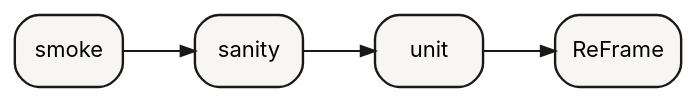
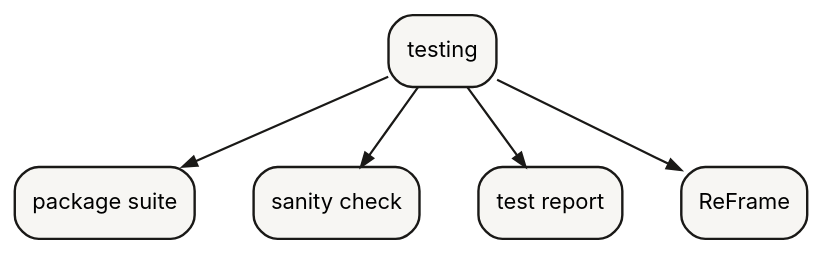
The diagram in source/_static/diagrams/23-testing.dot (HaoZeke/what-easybuild-is-doing), drawn with Graphviz before and after one commit. The commit also changed 257 other files, not shown here.

```diff
--- a/source/_static/diagrams/23-testing.dot
+++ b/source/_static/diagrams/23-testing.dot
@@ -1,14 +1,17 @@
 digraph g_23_testing {
-  graph [rankdir=LR, bgcolor="transparent", pad="0.2", nodesep="0.35", ranksep="0.5",
+  graph [rankdir=TB, bgcolor="transparent", pad="0.2", nodesep="0.4", ranksep="0.55",
          fontname="Inter,Helvetica,sans-serif"];
   node [shape=box, style="rounded,filled", fillcolor="#f7f6f3", color="#1a1917",
         fontname="Inter,Helvetica,sans-serif", fontsize=11, penwidth=1.2];
   edge [color="#1a1917", arrowsize=0.7, penwidth=1.1];
-  n0 [label="smoke"];
-  n1 [label="sanity"];
-  n2 [label="unit"];
-  n3 [label="ReFrame"];
-  n0 -> n1;
-  n1 -> n2;
-  n2 -> n3;
+  four [label="testing"];
+  suite [label="package suite"];
+  sanity [label="sanity check"];
+  report [label="test report"];
+  rf [label="ReFrame"];
+  four -> suite;
+  four -> sanity;
+  four -> report;
+  four -> rf;
+
 }
```
